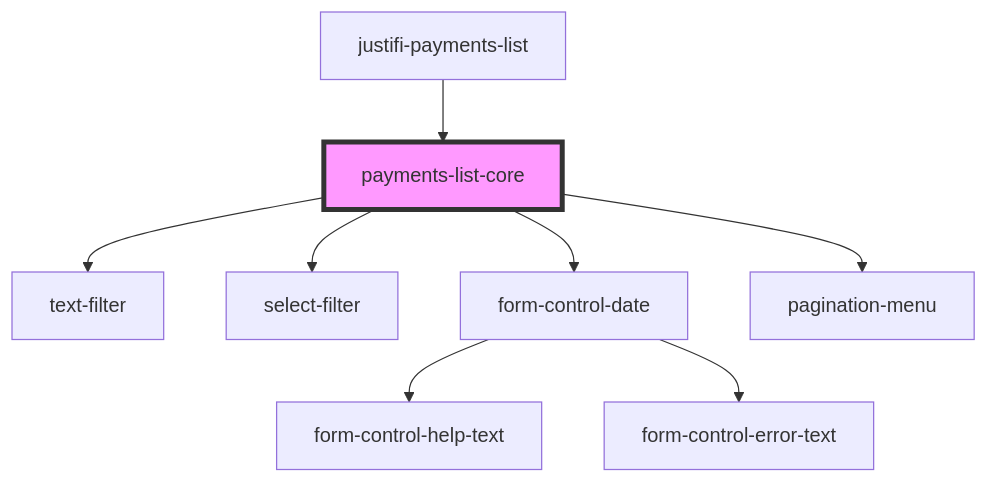
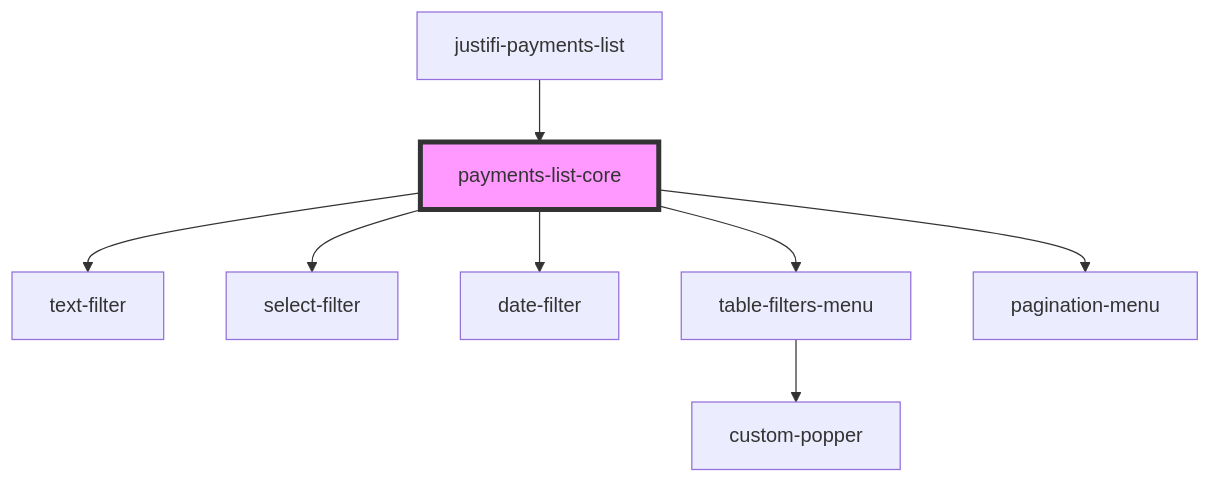
One commit to justifi-tech/web-component-library changed the diagram in packages/webcomponents/src/components/payments-list/readme.md. Above: the diagram before and after it, drawn with Mermaid. The commit also changed other lines of this file and 10 other files, not shown here.

Commit message:
Custom-popper-in-working-state

````diff
--- a/packages/webcomponents/src/components/payments-list/readme.md
+++ b/packages/webcomponents/src/components/payments-list/readme.md
@@ -49,11 +50,11 @@
 ```mermaid
 graph TD;
   payments-list-core --> text-filter
   payments-list-core --> select-filter
-  payments-list-core --> form-control-date
+  payments-list-core --> date-filter
+  payments-list-core --> table-filters-menu
   payments-list-core --> pagination-menu
-  form-control-date --> form-control-help-text
-  form-control-date --> form-control-error-text
+  table-filters-menu --> custom-popper
   justifi-payments-list --> payments-list-core
   style payments-list-core fill:#f9f,stroke:#333,stroke-width:4px
 ```
````
